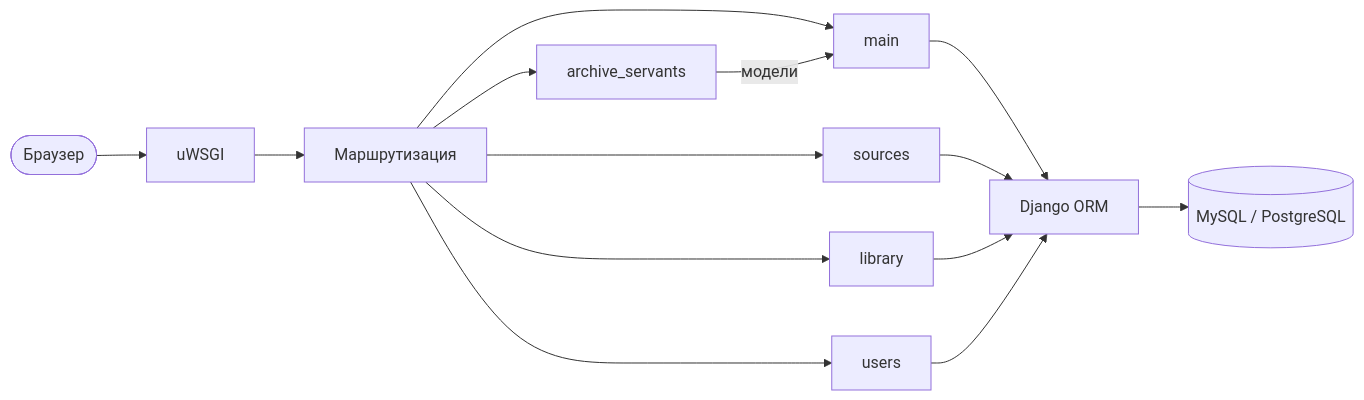
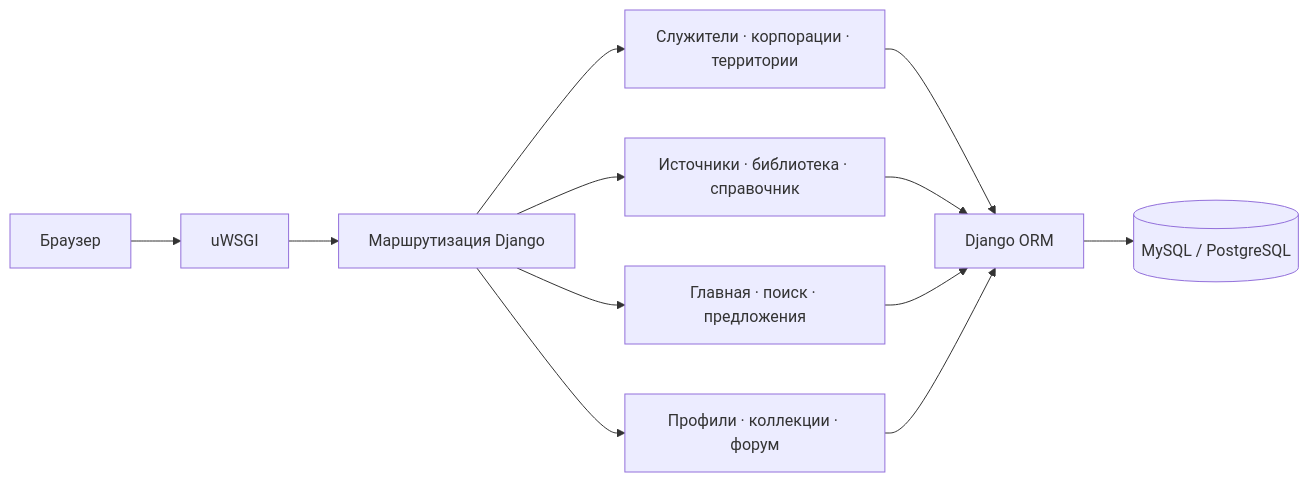
Before and after one commit to nmkyt/NobilityArchive-Public: the diagram in docs/architecture.md, drawn with Mermaid. The commit also changed other lines of this file and 5 other files, not shown here.

````diff
--- a/docs/architecture.md
+++ b/docs/architecture.md
@@ -20,11 +31,10 @@
 ```mermaid
 flowchart LR
-    Browser([Браузер]) --> WSGI[uWSGI] --> URLs[Маршрутизация]
-    URLs --> main
-    URLs --> archive_servants
-    URLs --> sources
-    URLs --> library
-    URLs --> users
-    archive_servants -- модели --> main
-    main & sources & library & users --> ORM[Django ORM] --> DB[(MySQL / PostgreSQL)]
+    Browser[Браузер] --> WSGI[uWSGI] --> URLs[Маршрутизация Django]
+    URLs --> Archive[Служители · корпорации · территории]
+    URLs --> Catalogs[Источники · библиотека · справочник]
+    URLs --> Main[Главная · поиск · предложения]
+    URLs --> Community[Профили · коллекции · форум]
+    Archive & Catalogs & Main & Community --> ORM[Django ORM]
+    ORM --> DB[(MySQL / PostgreSQL)]
 ```
````
